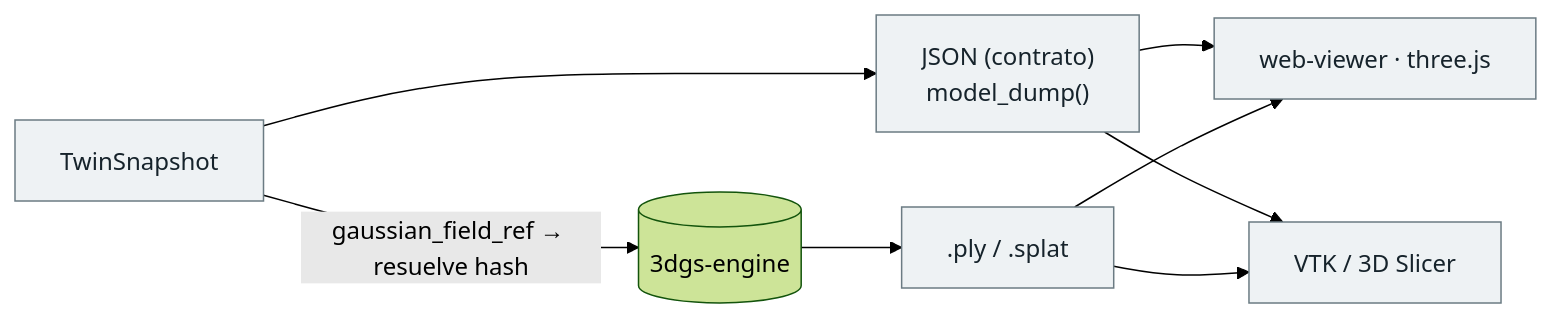
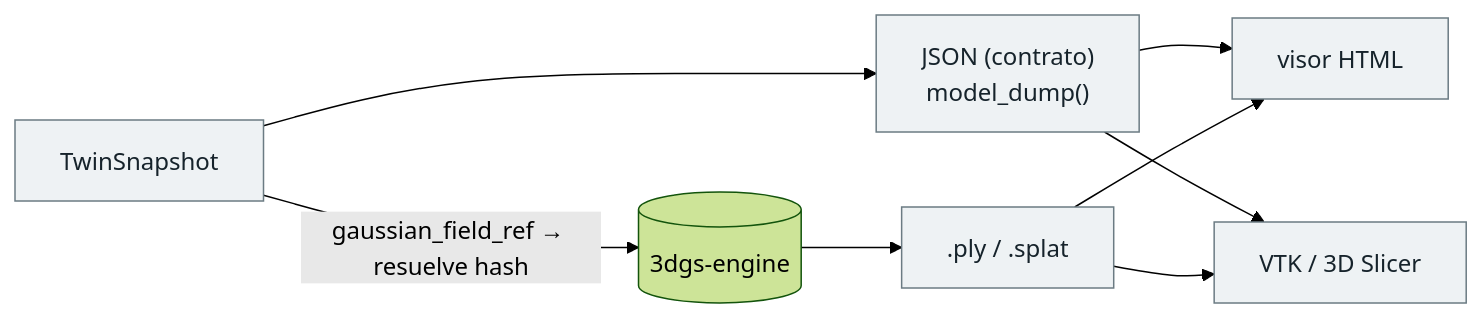
The third of 3 diagrams in docs/architecture/multi-agent-pipeline.md (ANFAIA/Agentic-Smart-Health), drawn with Mermaid (forest theme) before and after one commit. The commit also changed other lines of this file and 7 other files, not shown here.

Commit message:
chore(architecture): drop the empty Slicer MCP app and guard against phantom components

````diff
--- a/docs/architecture/multi-agent-pipeline.md
+++ b/docs/architecture/multi-agent-pipeline.md
@@ -306,13 +306,13 @@
 ```mermaid
 flowchart LR
   SN["TwinSnapshot"] --> J["JSON (contrato)<br/>model_dump()"]
   SN -->|"gaussian_field_ref → resuelve hash"| ENG[("3dgs-engine")]
   ENG --> PLY[".ply / .splat"]
-  J --> WEB["web-viewer · three.js"]
+  J --> WEB["visor HTML"]
   PLY --> WEB
   J --> VTK["VTK / 3D Slicer"]
   PLY --> VTK
 
   classDef c fill:#eef2f4,stroke:#6b7b83,color:#16232b;
   class SN,J,PLY,WEB,VTK c;
 ```
````
